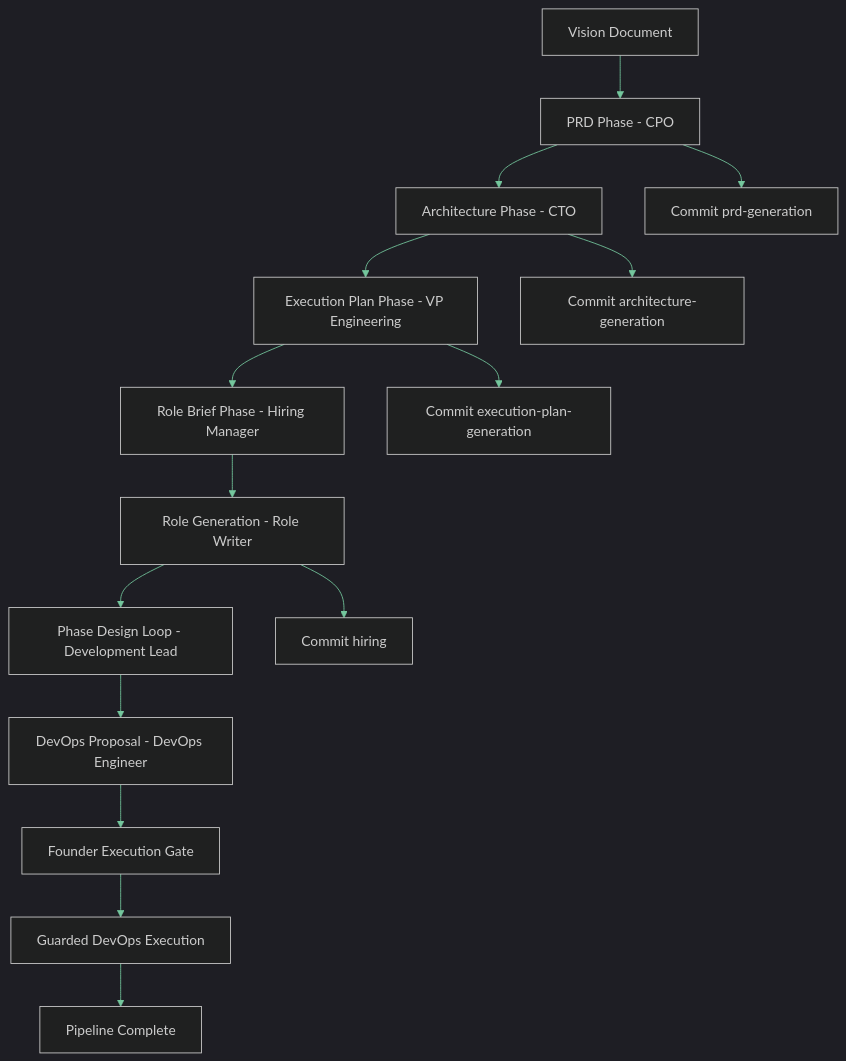
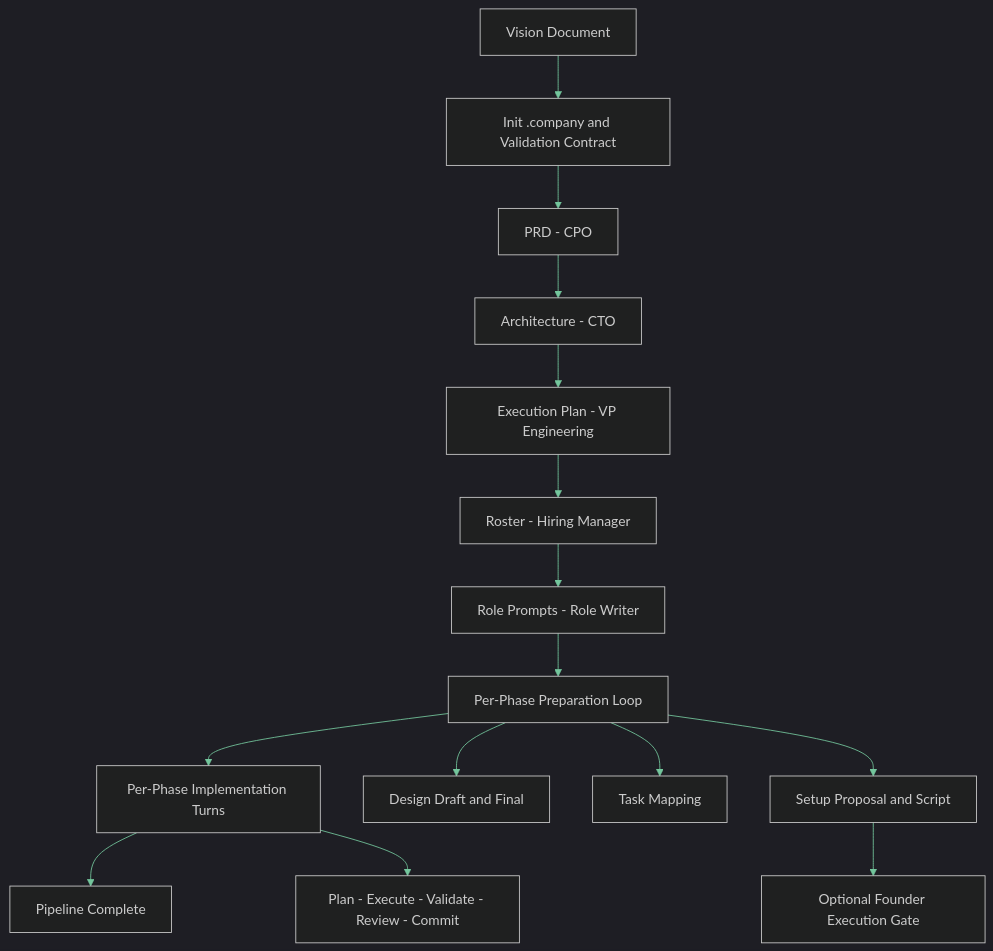
One commit to Shapedsundew9/asw changed the first of 2 diagrams in docs/user/reference/concepts.md. Above: the diagram before and after it, drawn with Mermaid. The commit also changed other lines of this file and 9 other files, not shown here.

````diff
--- a/docs/user/reference/concepts.md
+++ b/docs/user/reference/concepts.md
@@ -9,18 +9,19 @@
 ```mermaid
 %%{init: {'theme': 'dark', 'themeVariables': {'primaryColor': '#2d6a4f', 'primaryTextColor': '#d8f3dc', 'primaryBorderColor': '#52b788', 'lineColor': '#74c69d', 'secondaryColor': '#1b4332', 'tertiaryColor': '#40916c', 'edgeLabelBackground': '#1b4332'}}}%%
 graph TD
-  vision[Vision Document] --> prd[PRD Phase - CPO]
-  prd --> arch[Architecture Phase - CTO]
-  arch --> execplan[Execution Plan Phase - VP Engineering]
-  execplan --> briefs[Role Brief Phase - Hiring Manager]
-  briefs --> roles[Role Generation - Role Writer]
-  roles --> design[Phase Design Loop - Development Lead]
-  design --> devopsProposal[DevOps Proposal - DevOps Engineer]
-  devopsProposal --> execGate[Founder Execution Gate]
-  execGate --> devopsRun[Guarded DevOps Execution]
-  devopsRun --> done[Pipeline Complete]
-  prd --> commit_prd[Commit prd-generation]
-  arch --> commit_arch[Commit architecture-generation]
-  execplan --> commit_exec[Commit execution-plan-generation]
-  roles --> commit_hiring[Commit hiring]
+  vision[Vision Document] --> init[Init .company and Validation Contract]
+  init --> prd[PRD - CPO]
+  prd --> arch[Architecture - CTO]
+  arch --> execplan[Execution Plan - VP Engineering]
+  execplan --> roster[Roster - Hiring Manager]
+  roster --> roles[Role Prompts - Role Writer]
+  roles --> prep[Per-Phase Preparation Loop]
+  prep --> impl[Per-Phase Implementation Turns]
+  impl --> done[Pipeline Complete]
+
+  prep --> design[Design Draft and Final]
+  prep --> mapping[Task Mapping]
+  prep --> setup[Setup Proposal and Script]
+  setup --> execgate[Optional Founder Execution Gate]
+  impl --> turnflow[Plan - Execute - Validate - Review - Commit]
 ```
````
